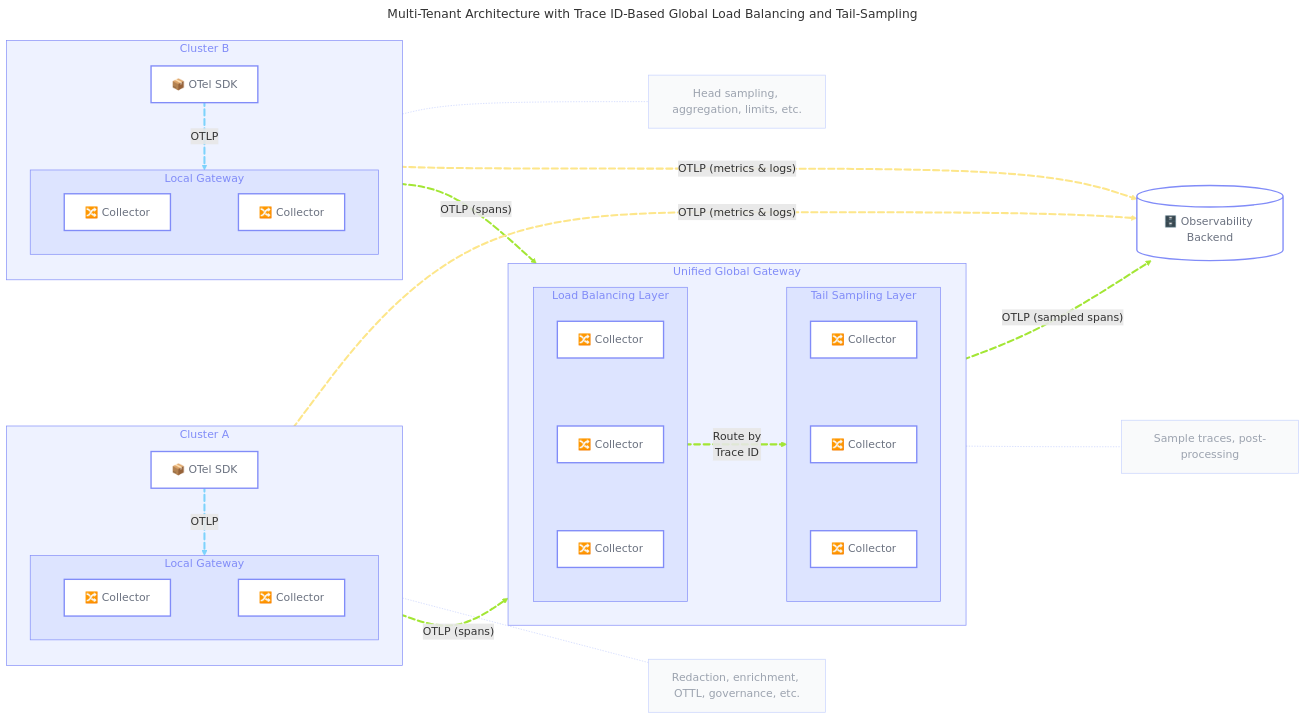
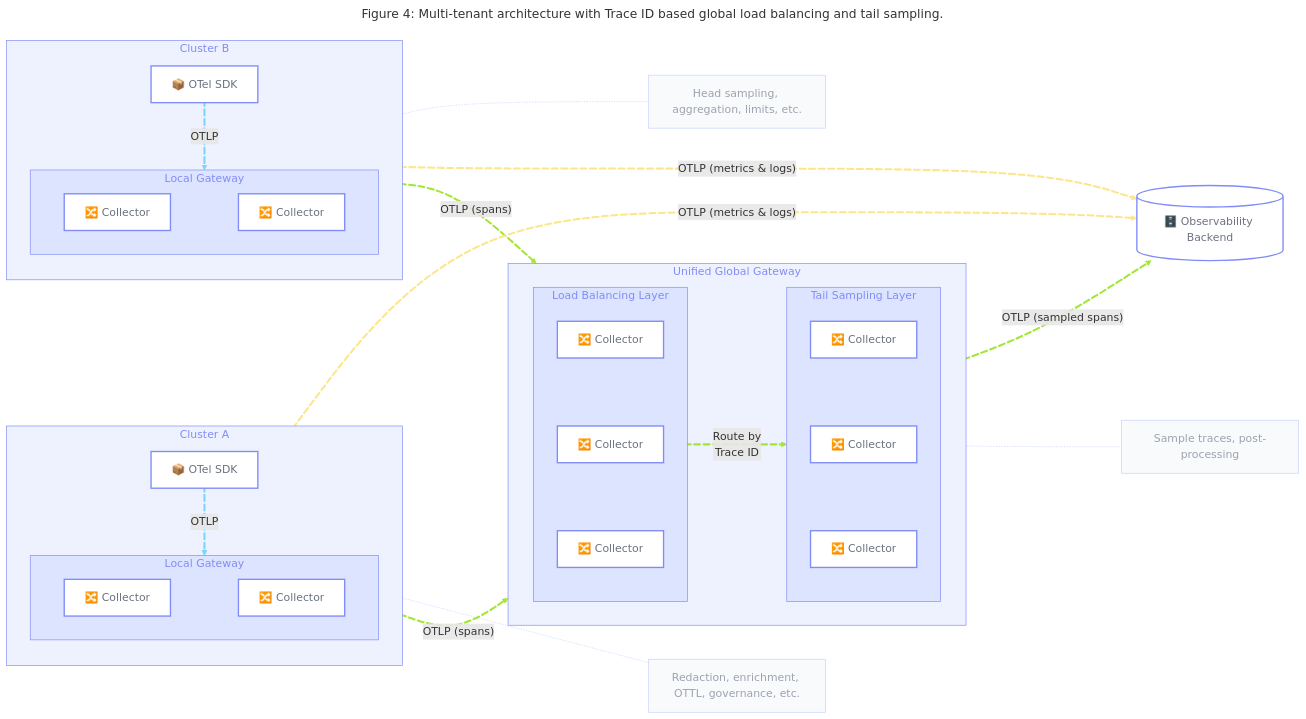
Before and after one commit to open-telemetry/opentelemetry.io: the fourth of 4 diagrams in content/en/docs/guidance/blueprints/centralized-platforms.md, drawn with Mermaid. The commit also changed other lines of this file, not shown here.

Commit message:
Add titles to diagrams

````diff
--- a/content/en/docs/guidance/blueprints/centralized-platforms.md
+++ b/content/en/docs/guidance/blueprints/centralized-platforms.md
@@ -588,8 +591,6 @@
 ```mermaid
 ---
-title: >-
-  Multi-Tenant Architecture with Trace ID-Based Global Load Balancing and
-  Tail-Sampling
+title: "Figure 4: Multi-tenant architecture with Trace ID based global load balancing and tail sampling."
 config:
   flowchart:
     curve: basis
````
